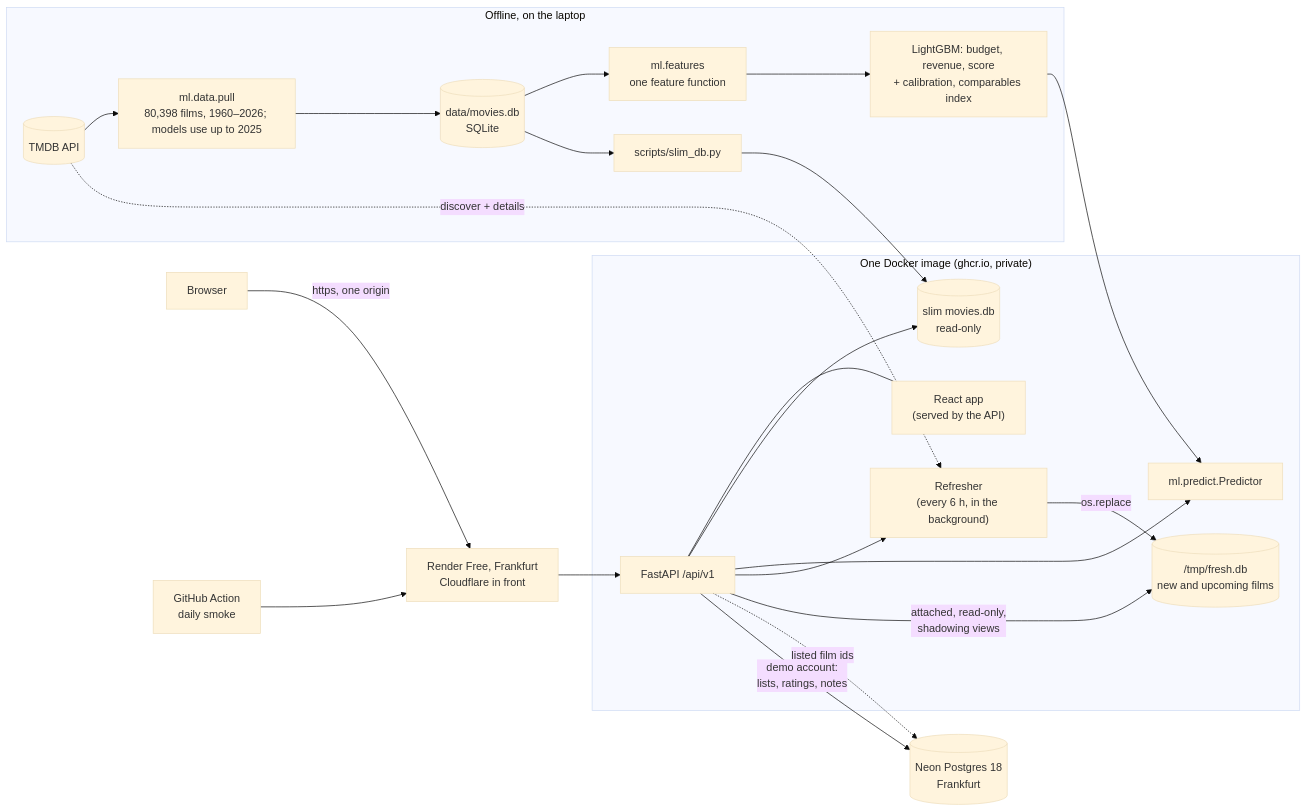
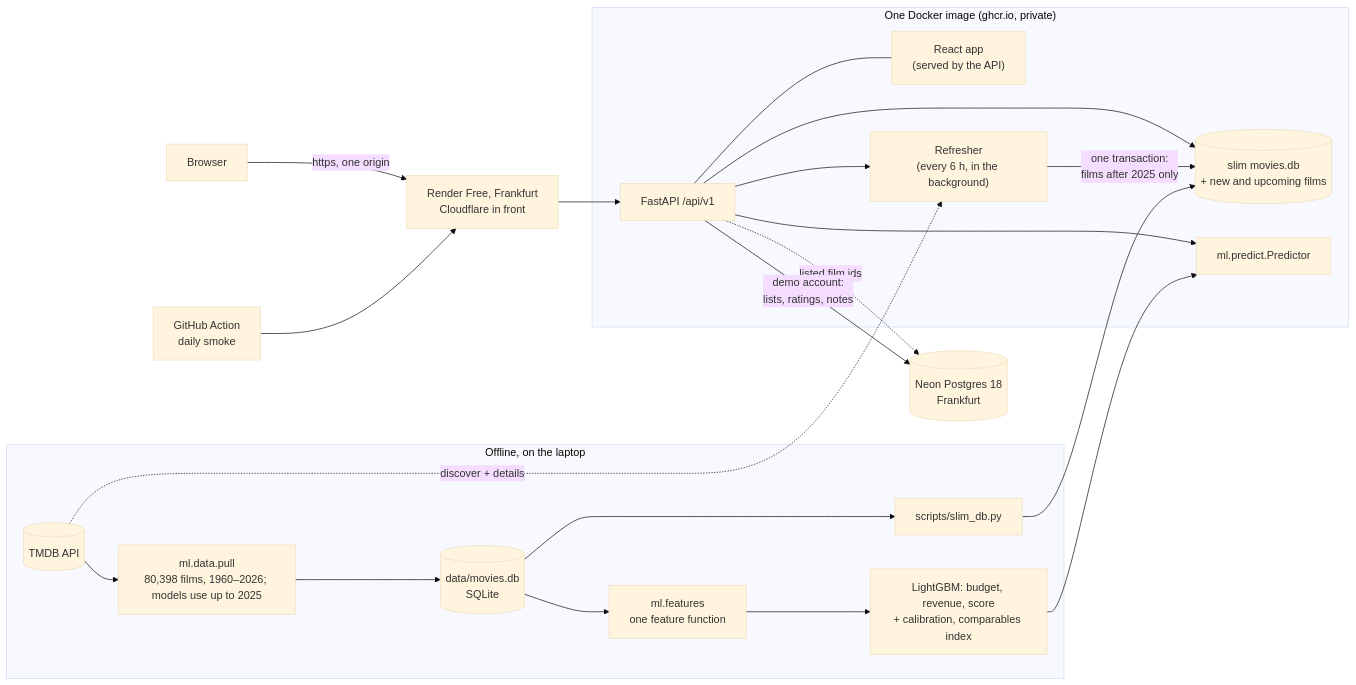
One commit to Tsomaros/Movies_Prediction_Project changed the first of 2 diagrams in docs/architecture.md. Above: the diagram before and after it, drawn with Mermaid (base theme). The commit also changed other lines of this file and 43 other files, not shown here.

First line of the commit message:
V1.3: one movies database: the refresh merges new films into movies.db

````diff
--- a/docs/architecture.md
+++ b/docs/architecture.md
@@ -7,33 +7,31 @@
 ```mermaid
 flowchart LR
     subgraph offline["Offline, on the laptop"]
         tmdb[("TMDB API")] --> pull["ml.data.pull<br/>80,398 films, 1960–2026; models use up to 2025"]
         pull --> db[("data/movies.db<br/>SQLite")]
         db --> features["ml.features<br/>one feature function"]
         features --> models["LightGBM: budget, revenue, score<br/>+ calibration, comparables index"]
         db --> slim["scripts/slim_db.py"]
     end
 
     subgraph image["One Docker image (ghcr.io, private)"]
         api["FastAPI /api/v1"]
         web["React app<br/>(served by the API)"]
-        sqlite[("slim movies.db<br/>read-only")]
+        sqlite[("slim movies.db<br/>+ new and upcoming films")]
         predictor["ml.predict.Predictor"]
         api --- web
         api --> sqlite
         api --> predictor
         refresher["Refresher<br/>(every 6 h, in the background)"]
-        fresh[("/tmp/fresh.db<br/>new and upcoming films")]
         api --> refresher
-        refresher -->|"os.replace"| fresh
-        api -->|"attached, read-only,<br/>shadowing views"| fresh
+        refresher -->|"one transaction:<br/>films after 2025 only"| sqlite
     end
     tmdb -.->|"discover + details"| refresher
     api -.->|"listed film ids"| neon
 
     models --> predictor
     slim --> sqlite
     browser["Browser"] -->|"https, one origin"| render["Render Free, Frankfurt<br/>Cloudflare in front"] --> api
     api -->|"demo account:<br/>lists, ratings, notes"| neon[("Neon Postgres 18<br/>Frankfurt")]
     action["GitHub Action<br/>daily smoke"] --> render
 ```
````
